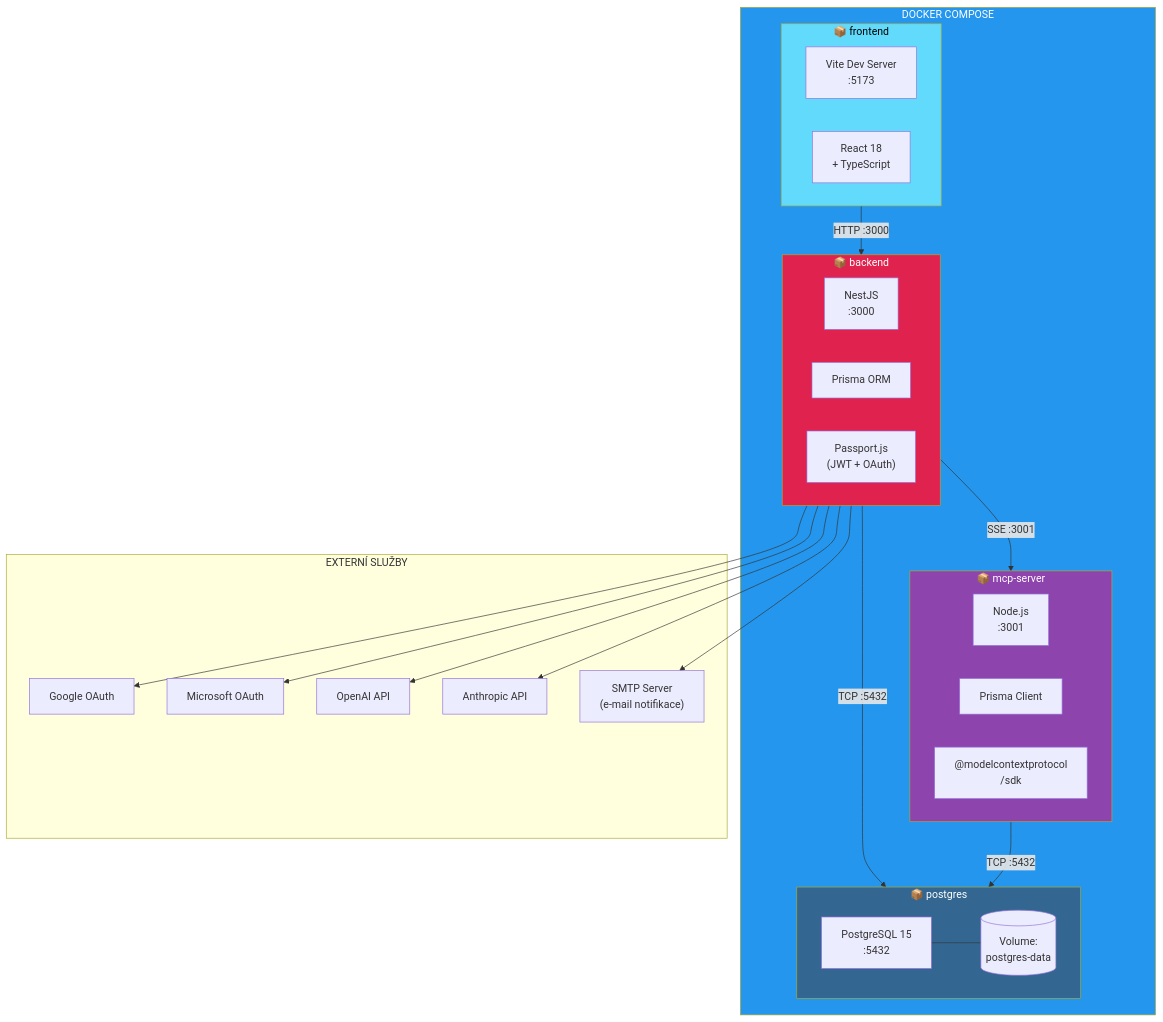
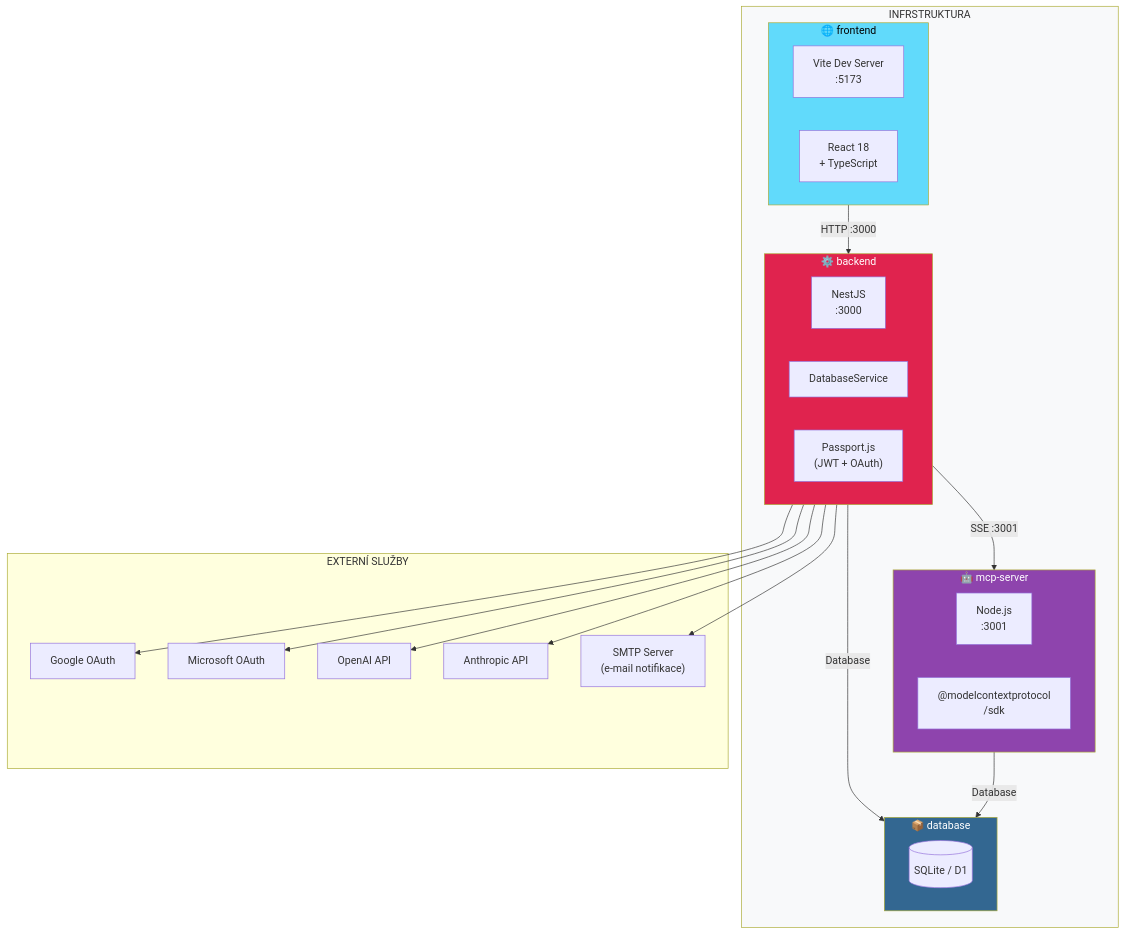
One commit to edustack-is/edustack-is-sandbox changed diagram 11 of 12 in docs/archimate-diagramy.md. Above: the diagram before and after it, drawn with Mermaid. The commit also changed other lines of this file and 88 other files, not shown here.

First line of the commit message:
feat(system): remove load demo data, remove postgres/elk mentions, fix backup admin access, and add audit log filters

````diff
--- a/docs/archimate-diagramy.md
+++ b/docs/archimate-diagramy.md
@@ -487,51 +486,47 @@
 ```mermaid
 graph TB
-    subgraph Docker["DOCKER COMPOSE"]
-        subgraph FrontendContainer["📦 frontend"]
+    subgraph Infrastructure["INFRSTRUKTURA"]
+        subgraph FrontendLayer["🌐 frontend"]
             Vite["Vite Dev Server\n:5173"]
             React["React 18\n+ TypeScript"]
         end
 
-        subgraph BackendContainer["📦 backend"]
+        subgraph BackendLayer["⚙️ backend"]
             NestJS["NestJS\n:3000"]
-            Prisma["Prisma ORM"]
+            DBService["DatabaseService"]
             Passport["Passport.js\n(JWT + OAuth)"]
         end
 
-        subgraph MCPContainer["📦 mcp-server"]
+        subgraph MCPLayer["🤖 mcp-server"]
             MCPNode["Node.js\n:3001"]
-            MCPPrisma["Prisma Client"]
             MCPSDK["@modelcontextprotocol\n/sdk"]
         end
 
-        subgraph DBContainer["📦 postgres"]
-            PG["PostgreSQL 15\n:5432"]
-            PGData[("Volume:\npostgres-data")]
+        subgraph DatabaseLayer["📦 database"]
+            DB[("SQLite / D1")]
         end
     end
 
     subgraph External["EXTERNÍ SLUŽBY"]
         Google["Google OAuth"]
         Microsoft["Microsoft OAuth"]
         OpenAI["OpenAI API"]
         Anthropic["Anthropic API"]
         SMTP["SMTP Server\n(e-mail notifikace)"]
     end
 
-    FrontendContainer -->|"HTTP :3000"| BackendContainer
-    BackendContainer -->|"TCP :5432"| DBContainer
-    MCPContainer -->|"TCP :5432"| DBContainer
-    BackendContainer -->|"SSE :3001"| MCPContainer
+    FrontendLayer -->|"HTTP :3000"| BackendLayer
+    BackendLayer -->|Database| DatabaseLayer
+    MCPLayer -->|Database| DatabaseLayer
+    BackendLayer -->|"SSE :3001"| MCPLayer
 
-    BackendContainer --> Google & Microsoft
-    BackendContainer --> OpenAI & Anthropic
-    BackendContainer --> SMTP
+    BackendLayer --> Google & Microsoft
+    BackendLayer --> OpenAI & Anthropic
+    BackendLayer --> SMTP
 
-    PG --- PGData
-
-    style Docker fill:#2496ed,color:#fff
-    style FrontendContainer fill:#61dafb,color:#000
-    style BackendContainer fill:#e0234e,color:#fff
-    style MCPContainer fill:#8e44ad,color:#fff
-    style DBContainer fill:#336791,color:#fff
+    style Infrastructure fill:#f8f9fa,color:#333
+    style FrontendLayer fill:#61dafb,color:#000
+    style BackendLayer fill:#e0234e,color:#fff
+    style MCPLayer fill:#8e44ad,color:#fff
+    style DatabaseLayer fill:#336791,color:#fff
 ```
````
